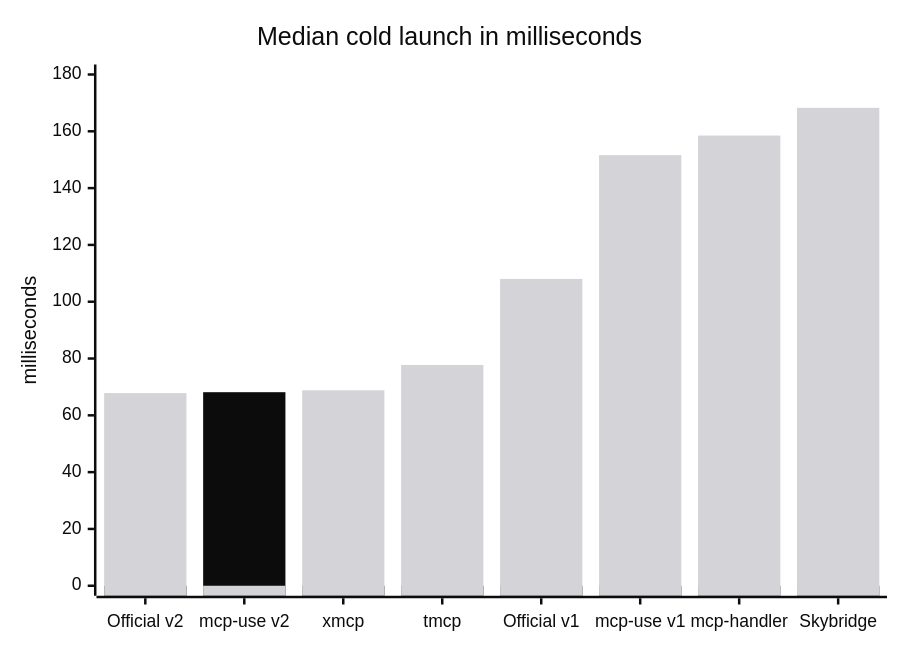
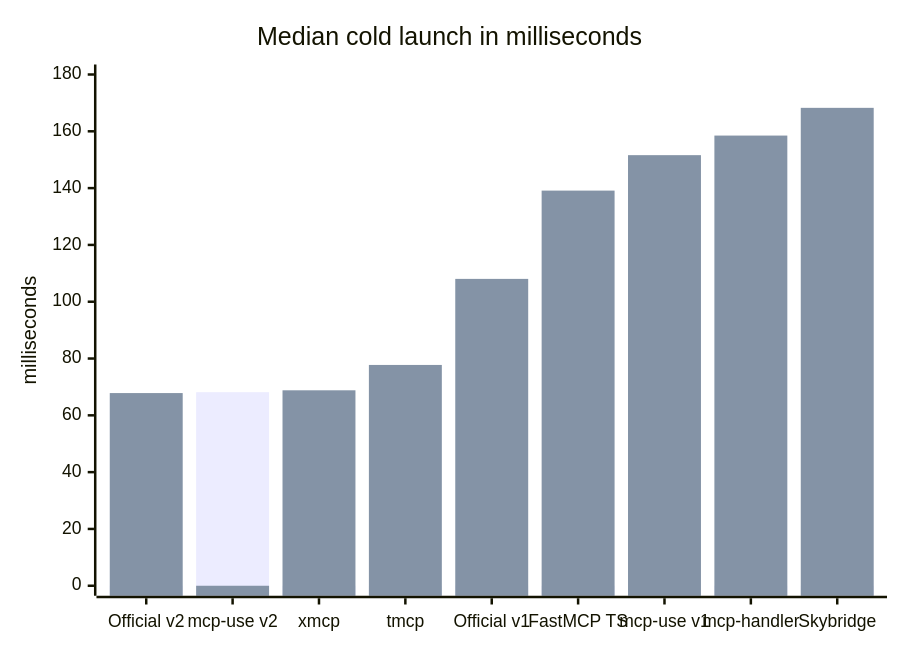
The second of 4 diagrams in benchmark.md (mcp-use/mcp-use), drawn with Mermaid before and after one commit. The commit also changed other lines of this file and 1 other file, not shown here.

First line of the commit message:
docs: compare FastMCP TypeScript (#2060)

````diff
--- a/benchmark.md
+++ b/benchmark.md
@@ -74,24 +61,8 @@
 ```mermaid
----
-config:
-  themeVariables:
-    xyChart:
-      backgroundColor: "#ffffff"
-      titleColor: "#0c0c0c"
-      xAxisLabelColor: "#0c0c0c"
-      xAxisTitleColor: "#0c0c0c"
-      xAxisTickColor: "#0c0c0c"
-      xAxisLineColor: "#0c0c0c"
-      yAxisLabelColor: "#0c0c0c"
-      yAxisTitleColor: "#0c0c0c"
-      yAxisTickColor: "#0c0c0c"
-      yAxisLineColor: "#0c0c0c"
-      plotColorPalette: "#0c0c0c, #d4d4d8"
----
 xychart
   title "Median cold launch in milliseconds"
-  x-axis ["Official v2", "mcp-use v2", "xmcp", "tmcp", "Official v1", "mcp-use v1", "mcp-handler", "Skybridge"]
+  x-axis ["Official v2", "mcp-use v2", "xmcp", "tmcp", "Official v1", "FastMCP TS", "mcp-use v1", "mcp-handler", "Skybridge"]
   y-axis "milliseconds" 0 --> 180
-  bar [0, 68.145, 0, 0, 0, 0, 0, 0]
-  bar [67.839, 0, 68.814, 77.740, 108.039, 151.603, 158.498, 168.260]
+  bar [0, 68.145, 0, 0, 0, 0, 0, 0, 0]
+  bar [67.839, 0, 68.814, 77.740, 108.039, 139.123, 151.603, 158.498, 168.260]
 ```
````
